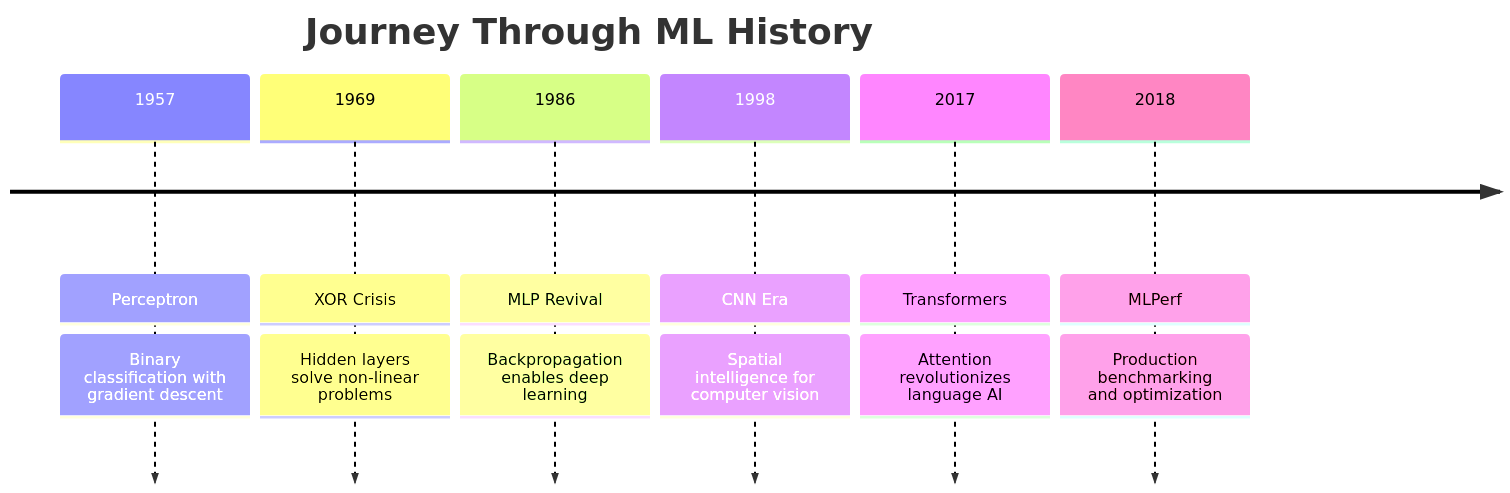
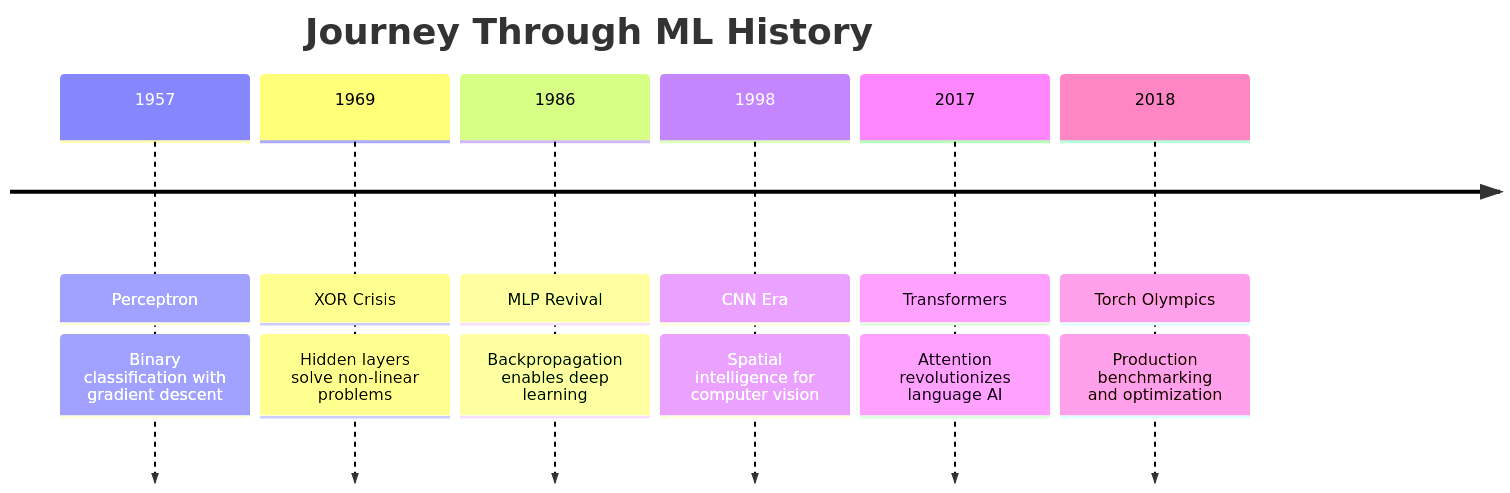
The second of 2 diagrams in site/chapters/milestones.md (MLSysBook/TinyTorch), drawn with Mermaid before and after one commit. The commit also changed other lines of this file and 27 other files, not shown here.

````diff
--- a/site/chapters/milestones.md
+++ b/site/chapters/milestones.md
@@ -102,10 +102,10 @@
 ```{mermaid}
 timeline
     title Journey Through ML History
     1957 : Perceptron : Binary classification with gradient descent
     1969 : XOR Crisis : Hidden layers solve non-linear problems
     1986 : MLP Revival : Backpropagation enables deep learning
     1998 : CNN Era : Spatial intelligence for computer vision
     2017 : Transformers : Attention revolutionizes language AI
-    2018 : MLPerf : Production benchmarking and optimization
+    2018 : Torch Olympics : Production benchmarking and optimization
 ```
````
